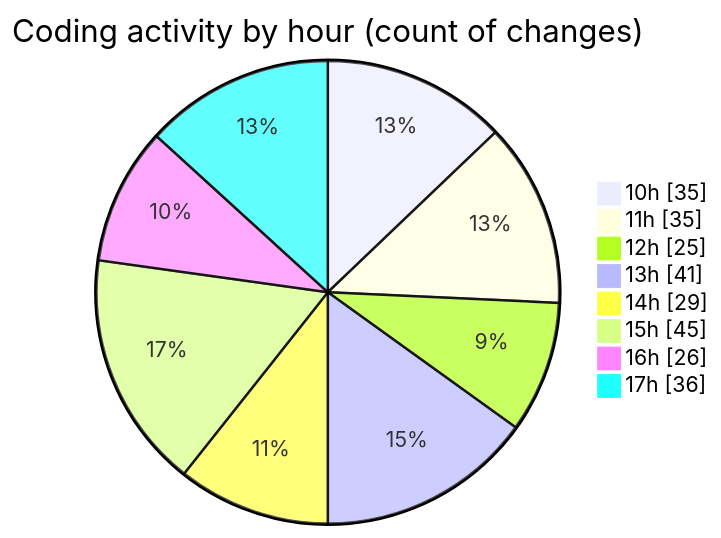
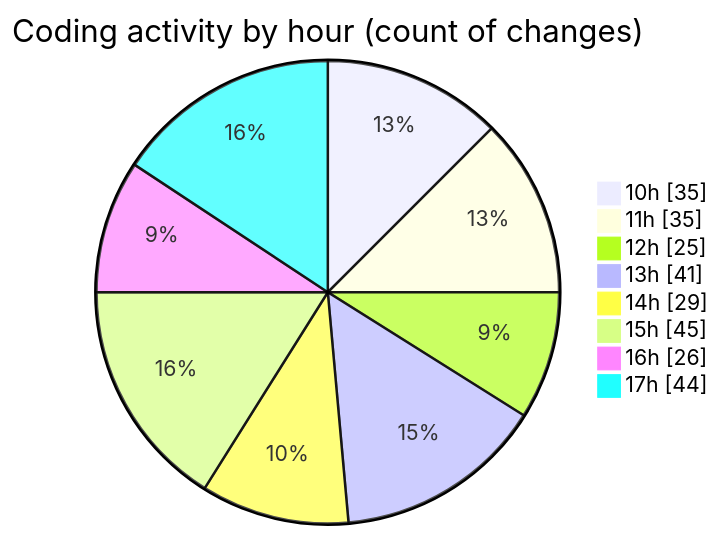
The second of 2 diagrams in 2025-03-26/cda/README.md (momahboobian/code-tracking), drawn with Mermaid before and after one commit. The commit also changed other lines of this file and 1 other file, not shown here.

````diff
--- a/2025-03-26/cda/README.md
+++ b/2025-03-26/cda/README.md
@@ -55,12 +55,12 @@
 ```mermaid
 pie showData
 title Coding activity by hour (count of changes)
 "10h" : 35
 "11h" : 35
 "12h" : 25
 "13h" : 41
 "14h" : 29
 "15h" : 45
 "16h" : 26
-"17h" : 36
+"17h" : 44
 ```
````
